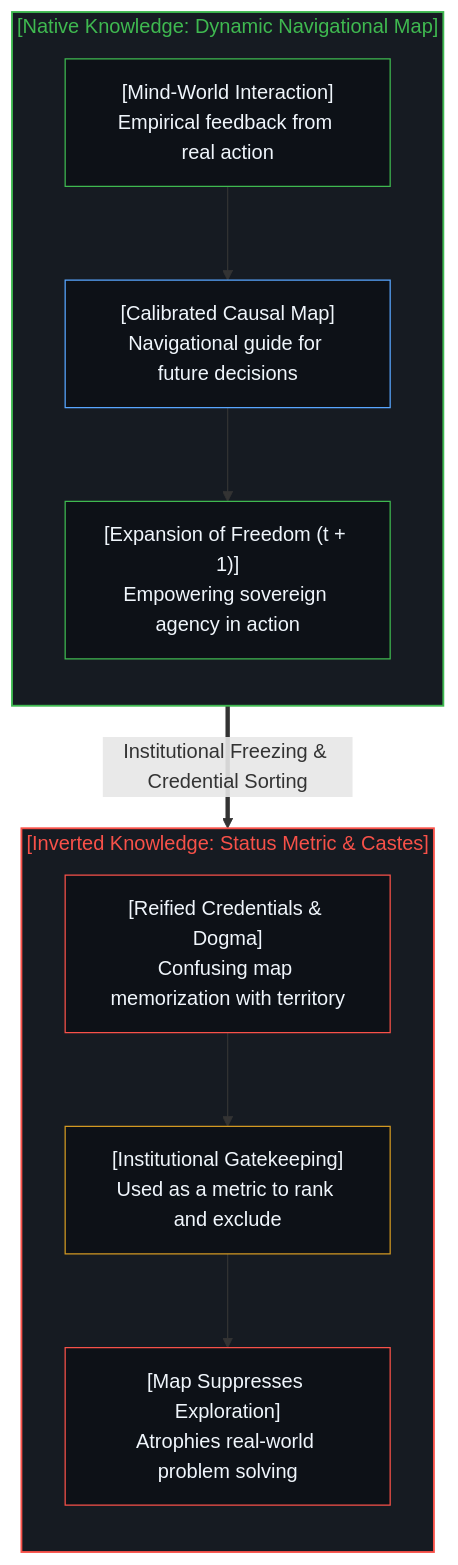
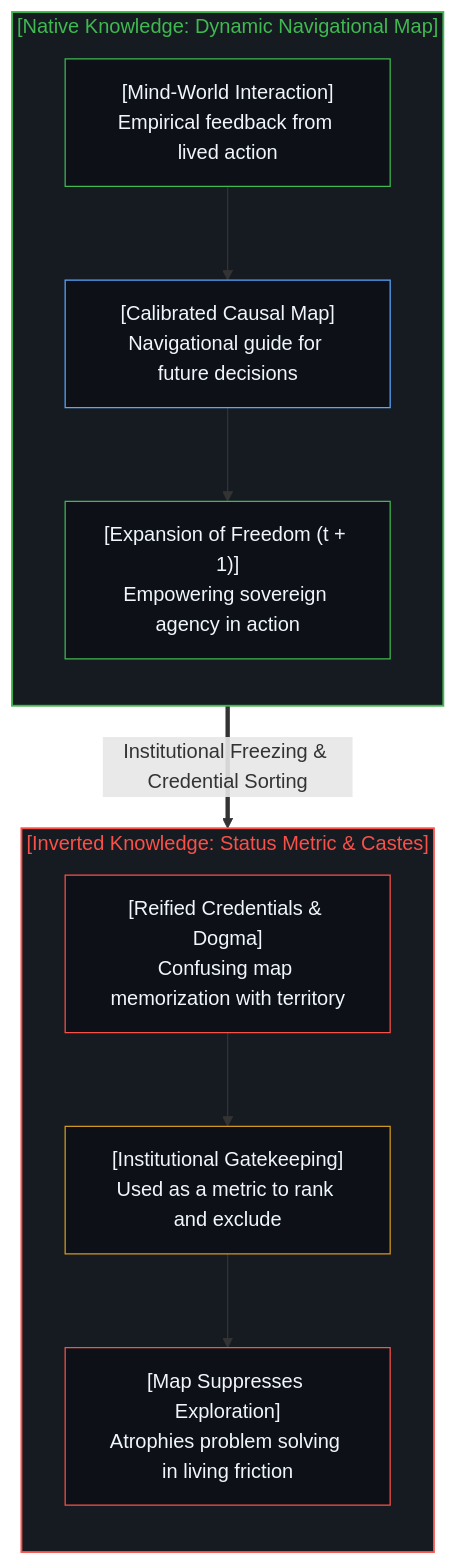
The eighth of 16 diagrams in content/posts/the-dissolution-of-the-great-reversal.md (powerpig99/not-a-toe), drawn with Mermaid before and after one commit. The commit also changed other lines of this file and 2 other files, not shown here.

````diff
--- a/content/posts/the-dissolution-of-the-great-reversal.md
+++ b/content/posts/the-dissolution-of-the-great-reversal.md
@@ -284,28 +284,28 @@
 ```mermaid
 flowchart TD
     subgraph S_OriginMap["[Native Knowledge: Dynamic Navigational Map]"]
         direction TB
-        MindWorldInteraction["[Mind-World Interaction]<br/>Empirical feedback from real action"]
+        MindWorldInteraction["[Mind-World Interaction]<br/>Empirical feedback from lived action"]
         DynamicNavMap["[Calibrated Causal Map]<br/>Navigational guide for future decisions"]
         ExpandingFreedom["[Expansion of Freedom (t + 1)]<br/>Empowering sovereign agency in action"]
         MindWorldInteraction --> DynamicNavMap
         DynamicNavMap --> ExpandingFreedom
     end
     S_OriginMap ==>|"Institutional Freezing & Credential Sorting"| S_InvertedHierarchy
     subgraph S_InvertedHierarchy["[Inverted Knowledge: Status Metric & Castes]"]
         direction TB
         ReifiedCredentials["[Reified Credentials & Dogma]<br/>Confusing map memorization with territory"]
         InstitutionalRanking["[Institutional Gatekeeping]<br/>Used as a metric to rank and exclude"]
-        DogmaticStagnation["[Map Suppresses Exploration]<br/>Atrophies real-world problem solving"]
+        DogmaticStagnation["[Map Suppresses Exploration]<br/>Atrophies problem solving in living friction"]
         ReifiedCredentials --> InstitutionalRanking
         InstitutionalRanking --> DogmaticStagnation
     end
     style S_OriginMap fill:#161b22,stroke:#3fb950,stroke-width:1.5px,color:#3fb950
     style S_InvertedHierarchy fill:#161b22,stroke:#f85149,stroke-width:1.5px,color:#f85149
     style MindWorldInteraction fill:#0d1117,stroke:#3fb950,stroke-width:1px,color:#f0f6fc
     style DynamicNavMap fill:#0d1117,stroke:#58a6ff,stroke-width:1px,color:#f0f6fc
     style ExpandingFreedom fill:#0d1117,stroke:#3fb950,stroke-width:1px,color:#f0f6fc
     style ReifiedCredentials fill:#0d1117,stroke:#f85149,stroke-width:1px,color:#f0f6fc
     style InstitutionalRanking fill:#0d1117,stroke:#d29922,stroke-width:1px,color:#f0f6fc
     style DogmaticStagnation fill:#0d1117,stroke:#f85149,stroke-width:1px,color:#f0f6fc
 ```
````
